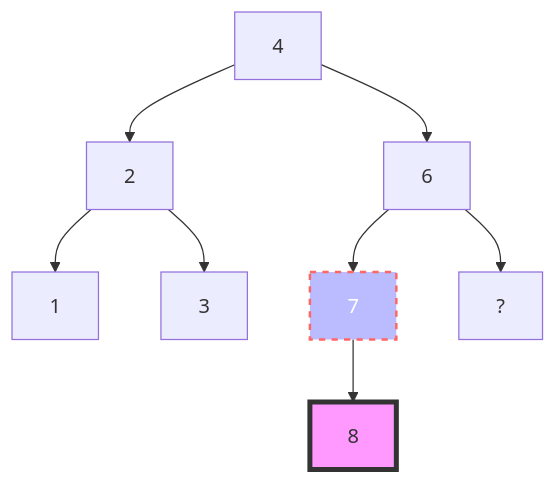
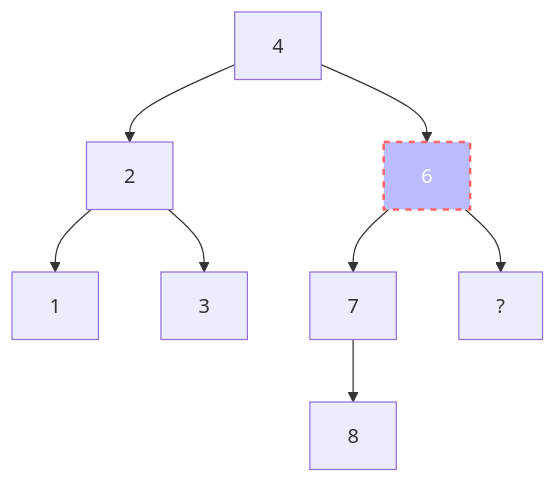
Before and after one commit to tsolenthaler/zbwAlgDs: the seventh of 17 diagrams in docs/algorithmen/binary-tree.md, drawn with Mermaid. The commit also changed other lines of this file, not shown here.

Commit message:
Refactor binary tree diagram styles for improved visualization and consistency

````diff
--- a/docs/algorithmen/binary-tree.md
+++ b/docs/algorithmen/binary-tree.md
@@ -233,12 +231,11 @@
 ``` mermaid
 flowchart TD
     4 --> 2
     4 --> 6
     2 --> 1
     2 --> 3
     6 --> ?
     6 --> 7
     7 --> 8
-    style 7 fill:#bbf,stroke:#f66,stroke-width:2px,color:#fff,stroke-dasharray: 5 5
-    style 8 fill:#f9f,stroke:#333,stroke-width:4px
+    style 6 fill:#bbf,stroke:#f66,stroke-width:2px,color:#fff,stroke-dasharray: 5 5
 ```
````
